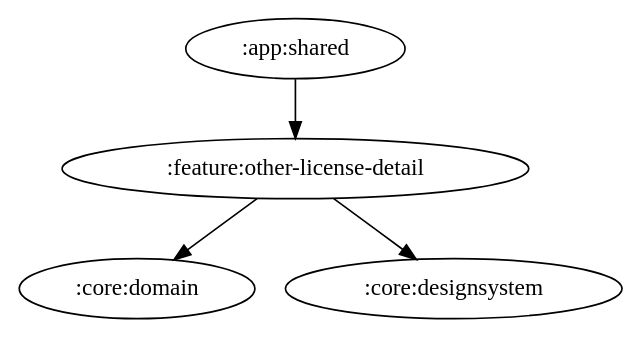
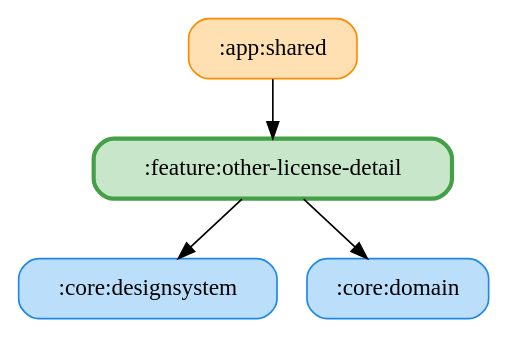
Before and after one commit to ai-kurou/KoDriver: the diagram in docs/graphs/feature-other-license-detail.gv, drawn with Graphviz. The commit also changed 97 other files, not shown here.

Commit message:
chore: update module graph images

```diff
--- a/docs/graphs/feature-other-license-detail.gv
+++ b/docs/graphs/feature-other-license-detail.gv
@@ -1,6 +1,11 @@
 digraph G {
   rankdir=TB
+  node [shape=box, style="rounded,filled"]
+  ":app:shared" [fillcolor="#FFE0B2", color="#FB8C00", penwidth=1]
+  ":core:designsystem" [fillcolor="#BBDEFB", color="#1E88E5", penwidth=1]
+  ":core:domain" [fillcolor="#BBDEFB", color="#1E88E5", penwidth=1]
+  ":feature:other-license-detail" [fillcolor="#C8E6C9", color="#43A047", penwidth=2.5]
   ":app:shared" -> ":feature:other-license-detail"
   ":feature:other-license-detail" -> ":core:domain"
   ":feature:other-license-detail" -> ":core:designsystem"
 }
```
